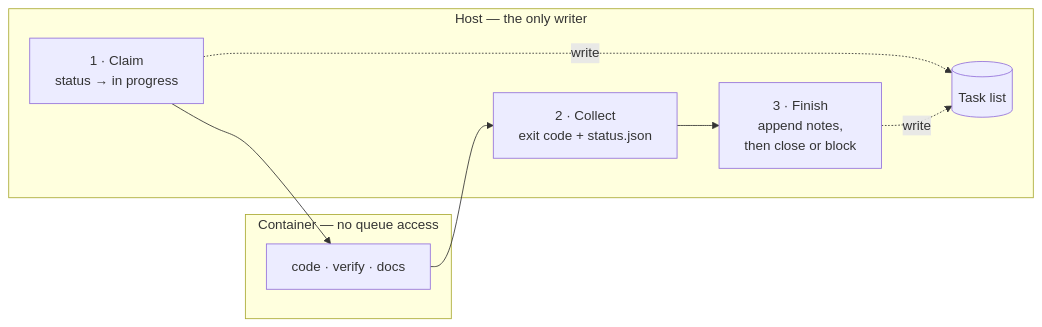
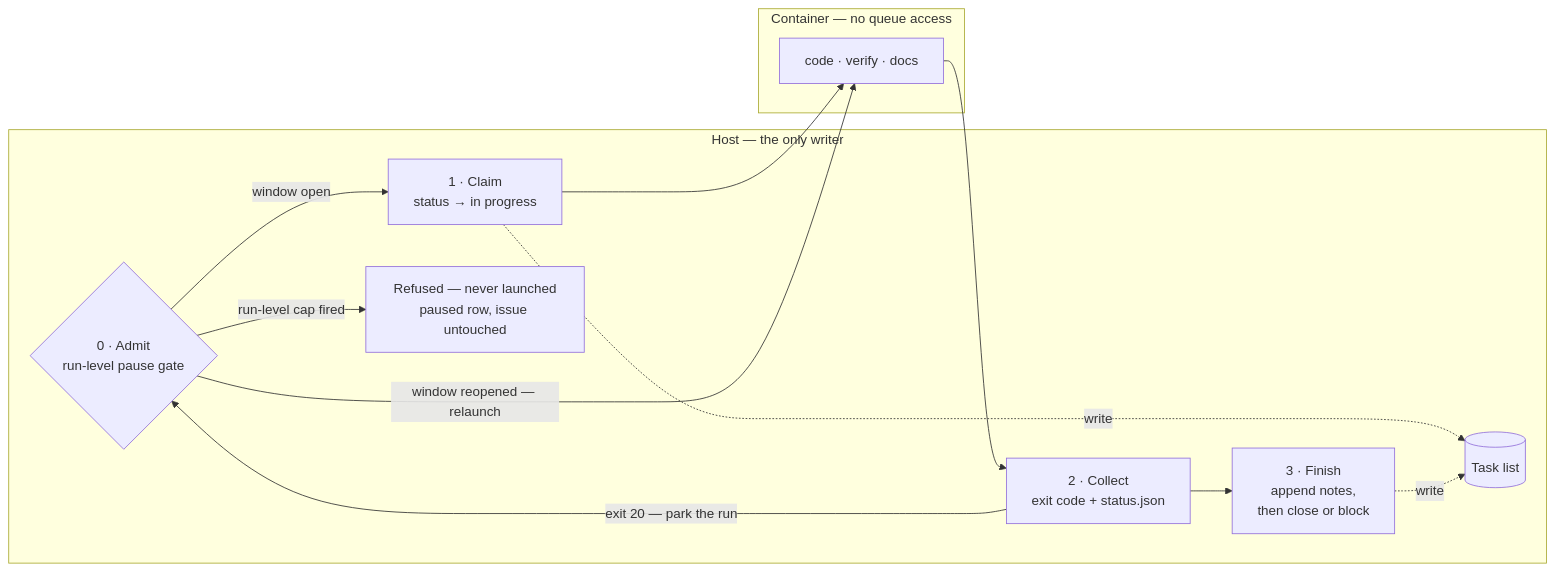
Before and after one commit to Chadleewalker/Multi-AgentPipelines: the third of 5 diagrams in docs/pipeline-diagram.md, drawn with Mermaid. The commit also changed other lines of this file and 4 other files, not shown here.

````diff
--- a/docs/pipeline-diagram.md
+++ b/docs/pipeline-diagram.md
@@ -84,17 +84,23 @@
 ```mermaid
 flowchart LR
   subgraph HOST["Host — the only writer"]
+    G{"0 · Admit<br/>run-level pause gate"}
     A["1 · Claim<br/>status → in progress"]
     C["2 · Collect<br/>exit code + status.json"]
     D["3 · Finish<br/>append notes,<br/>then close or block"]
+    R["Refused — never launched<br/>paused row, issue untouched"]
     Q[("Task list")]
   end
   subgraph CONT["Container — no queue access"]
     B["code · verify · docs"]
   end
+  G -->|"window open"| A
+  G -->|"run-level cap fired"| R
   A --> B
   B --> C
+  C -->|"exit 20 — park the run"| G
+  G -->|"window reopened — relaunch"| B
   C --> D
   A -.->|"write"| Q
   D -.->|"write"| Q
 ```
````
